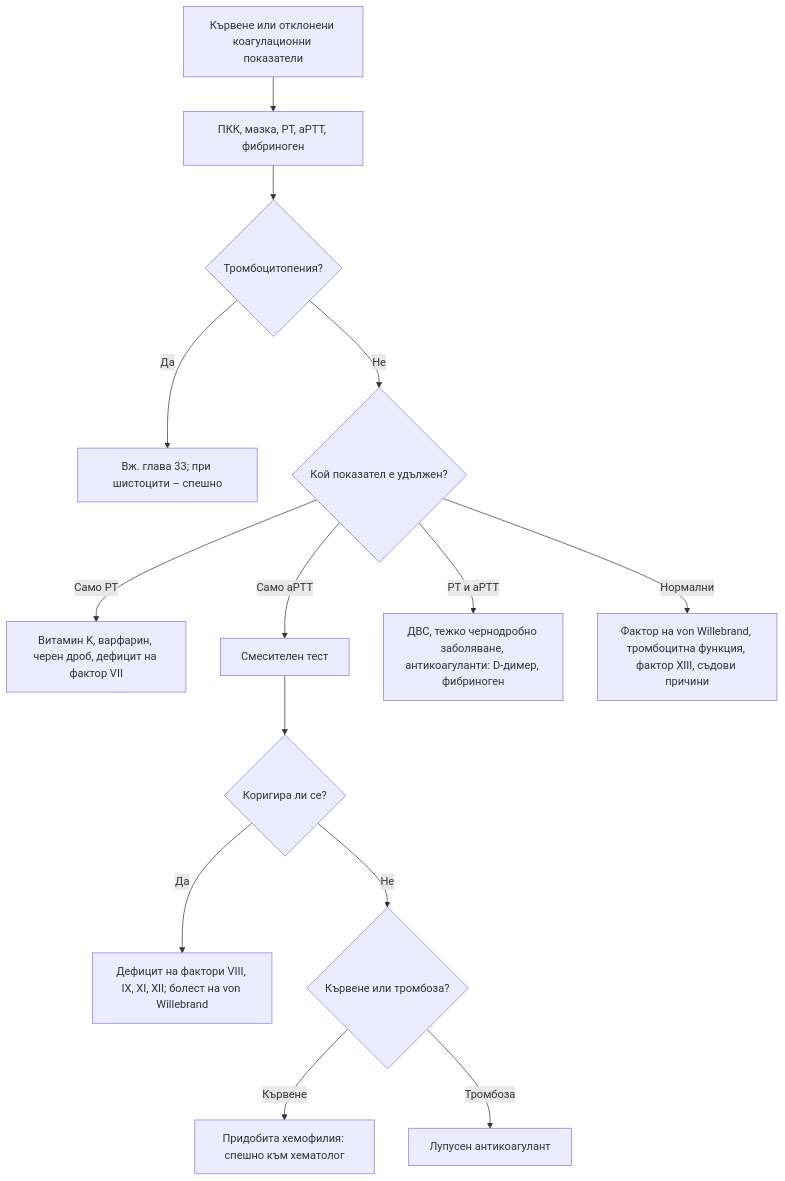
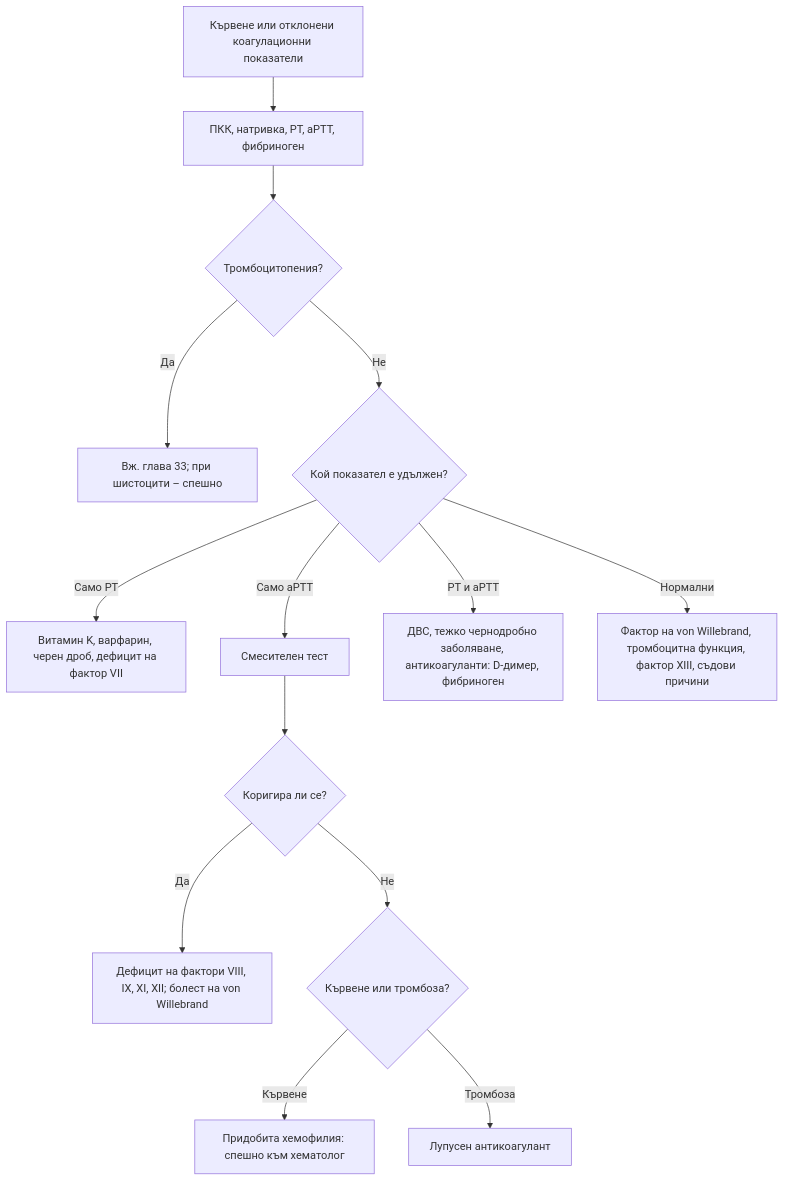
Before and after one commit to yancho26/yancho: the diagram in glavi/34-hemoragichna-diateza-tromboza.md, drawn with Mermaid. The commit also changed other lines of this file and 10 other files, not shown here.

````diff
--- a/glavi/34-hemoragichna-diateza-tromboza.md
+++ b/glavi/34-hemoragichna-diateza-tromboza.md
@@ -191,18 +191,18 @@
 ```mermaid
 flowchart TD
     accTitle: Диагностичен алгоритъм при отклонени коагулационни показатели
     accDescr: Блок-схема. Начало: Кървене или отклонени коагулационни показатели. Въпроси: Тромбоцитопения? · Кой показател е удължен? · Коригира ли се? · Кървене или тромбоза? Пълното текстово описание е под схемата.
-    A["Кървене или отклонени коагулационни показатели"] --> B["ПКК, мазка, PT, aPTT, фибриноген"]
+    A["Кървене или отклонени коагулационни показатели"] --> B["ПКК, натривка, PT, aPTT, фибриноген"]
     B --> C{"Тромбоцитопения?"}
     C -->|Да| D["Вж. глава 33; при шистоцити – спешно"]
     C -->|Не| E{"Кой показател е удължен?"}
     E -->|Само PT| F["Витамин K, варфарин, черен дроб, дефицит на фактор VII"]
     E -->|Само aPTT| G["Смесителен тест"]
     G --> H{"Коригира ли се?"}
     H -->|Да| I["Дефицит на фактори VIII, IX, XI, XII; болест на von Willebrand"]
     H -->|Не| J{"Кървене или тромбоза?"}
     J -->|Кървене| K["Придобита хемофилия: спешно към хематолог"]
     J -->|Тромбоза| L["Лупусен антикоагулант"]
     E -->|PT и aPTT| M["ДВС, тежко чернодробно заболяване, антикоагуланти: D-димер, фибриноген"]
     E -->|Нормални| N["Фактор на von Willebrand, тромбоцитна функция, фактор XIII, съдови причини"]
 ```
````
